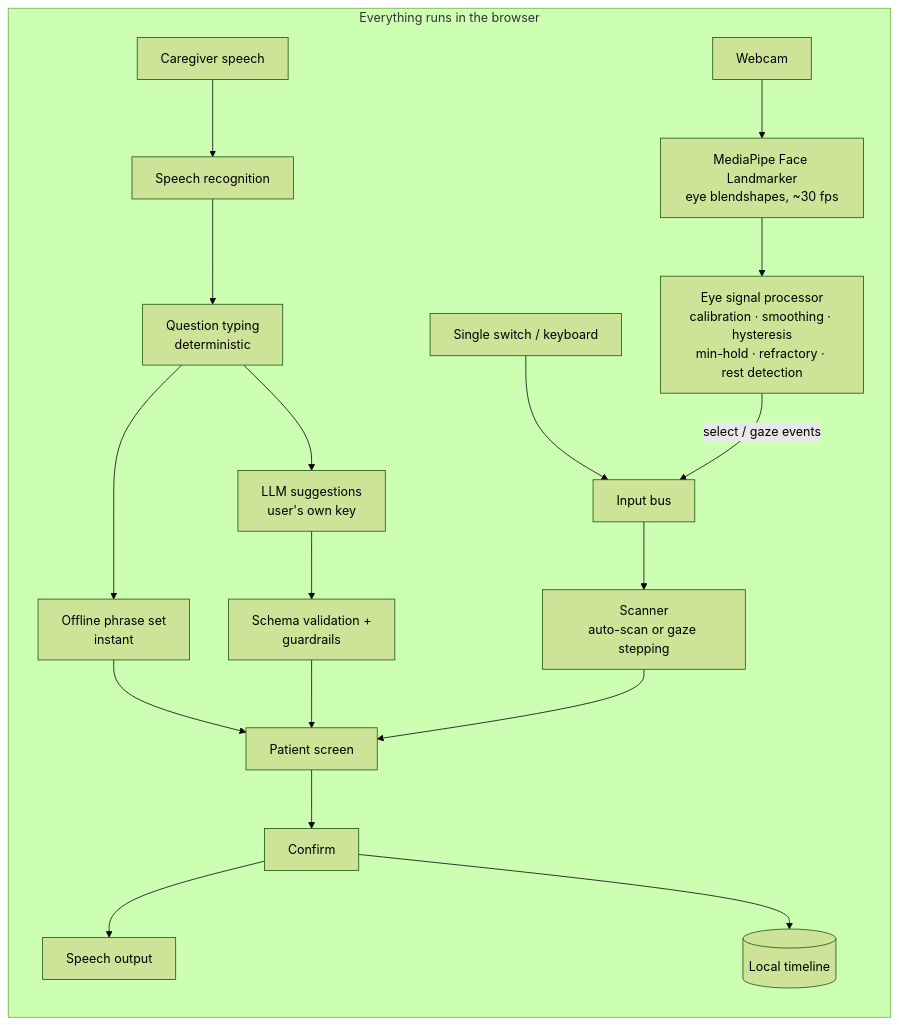
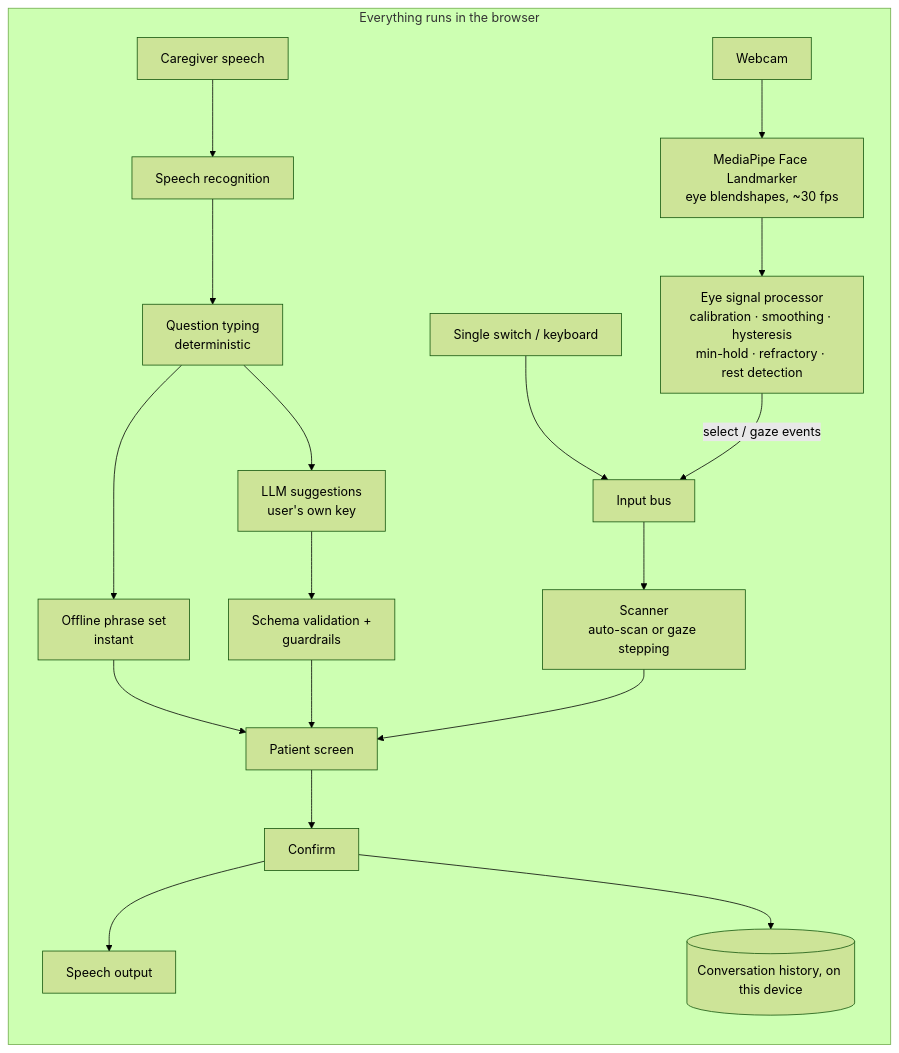
One commit to Leena17111/unspoken changed the diagram in README.md. Above: the diagram before and after it, drawn with Mermaid (forest theme). The commit also changed other lines of this file and 31 other files, not shown here.

````diff
--- a/README.md
+++ b/README.md
@@ -56,20 +69,20 @@
 ```mermaid
 flowchart LR
   subgraph Browser["Everything runs in the browser"]
     CAM[Webcam] --> MP[MediaPipe Face Landmarker<br/>eye blendshapes, ~30 fps]
     MP --> SIG[Eye signal processor<br/>calibration · smoothing · hysteresis<br/>min-hold · refractory · rest detection]
     KEY[Single switch / keyboard] --> BUS
     SIG -->|select / gaze events| BUS[Input bus]
     BUS --> SCAN[Scanner<br/>auto-scan or gaze stepping]
     MIC[Caregiver speech] --> ASR[Speech recognition]
     ASR --> Q[Question typing<br/>deterministic]
     Q --> CORE[Offline phrase set<br/>instant]
     Q --> LLM[LLM suggestions<br/>user's own key]
     LLM --> GUARD[Schema validation +<br/>guardrails]
     CORE --> UI[Patient screen]
     GUARD --> UI
     SCAN --> UI
     UI --> CONF[Confirm] --> TTS[Speech output]
-    CONF --> LOG[(Local timeline)]
+    CONF --> LOG[(Conversation history, on this device)]
   end
 ```
````
